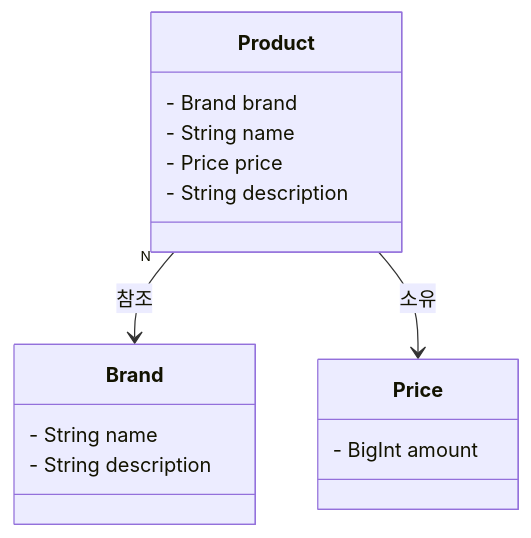
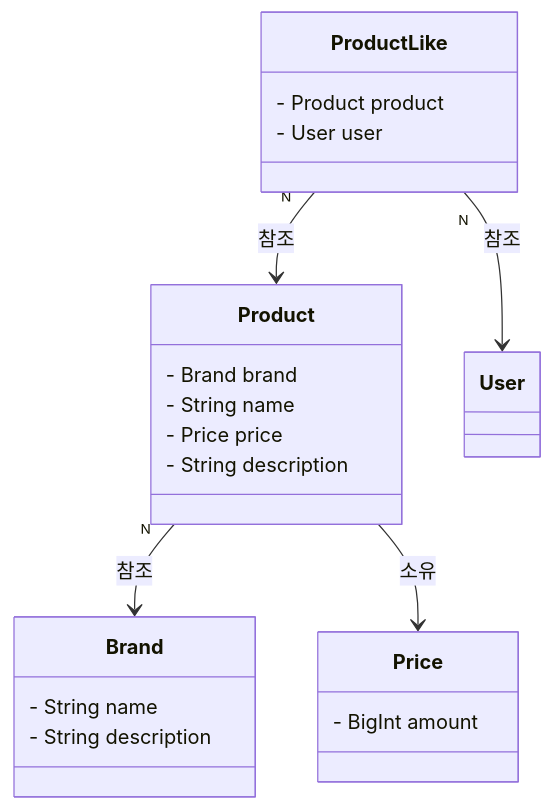
Before and after one commit to Roopers-Team-6/hainho: the diagram in docs/design/03-class-diagrams.md, drawn with Mermaid.

Commit message:
docs: 상품 좋아요 등록 기능 관련된 내용 클래스 다이어그램에 반영

````diff
--- a/docs/design/03-class-diagrams.md
+++ b/docs/design/03-class-diagrams.md
@@ -1,21 +1,31 @@
 ```mermaid
 classDiagram
     class Product {
         - Brand brand
         - String name
         - Price price
         - String description
+    }
+
+    class ProductLike {
+        - Product product
+        - User user
     }
 
     class Brand {
         - String name
         - String description
     }
 
     class Price {
         - BigInt amount
     }
 
+    class User {
+    }
+
     Product "N" --> Brand: 참조
     Product --> Price: 소유
+    ProductLike "N" --> Product: 참조
+    ProductLike "N" --> User: 참조
 ```
````
